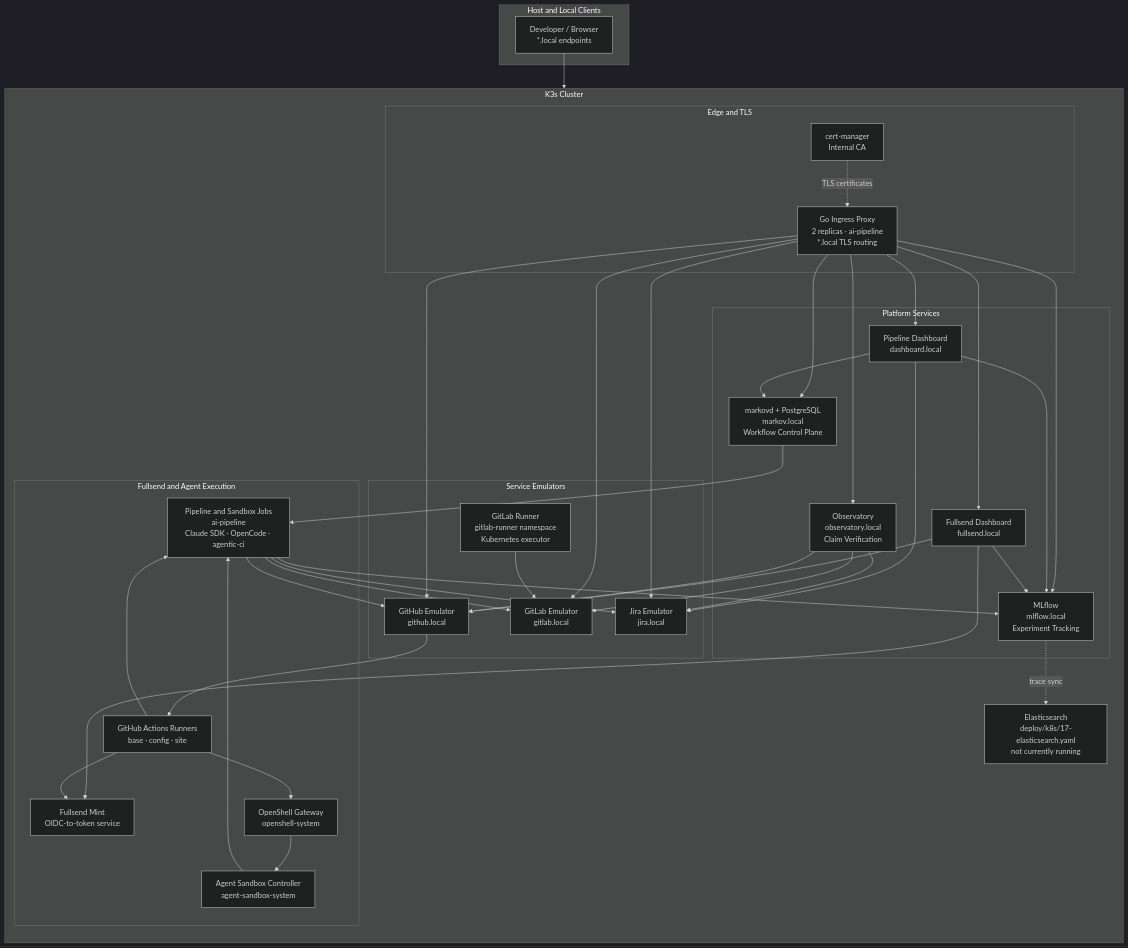
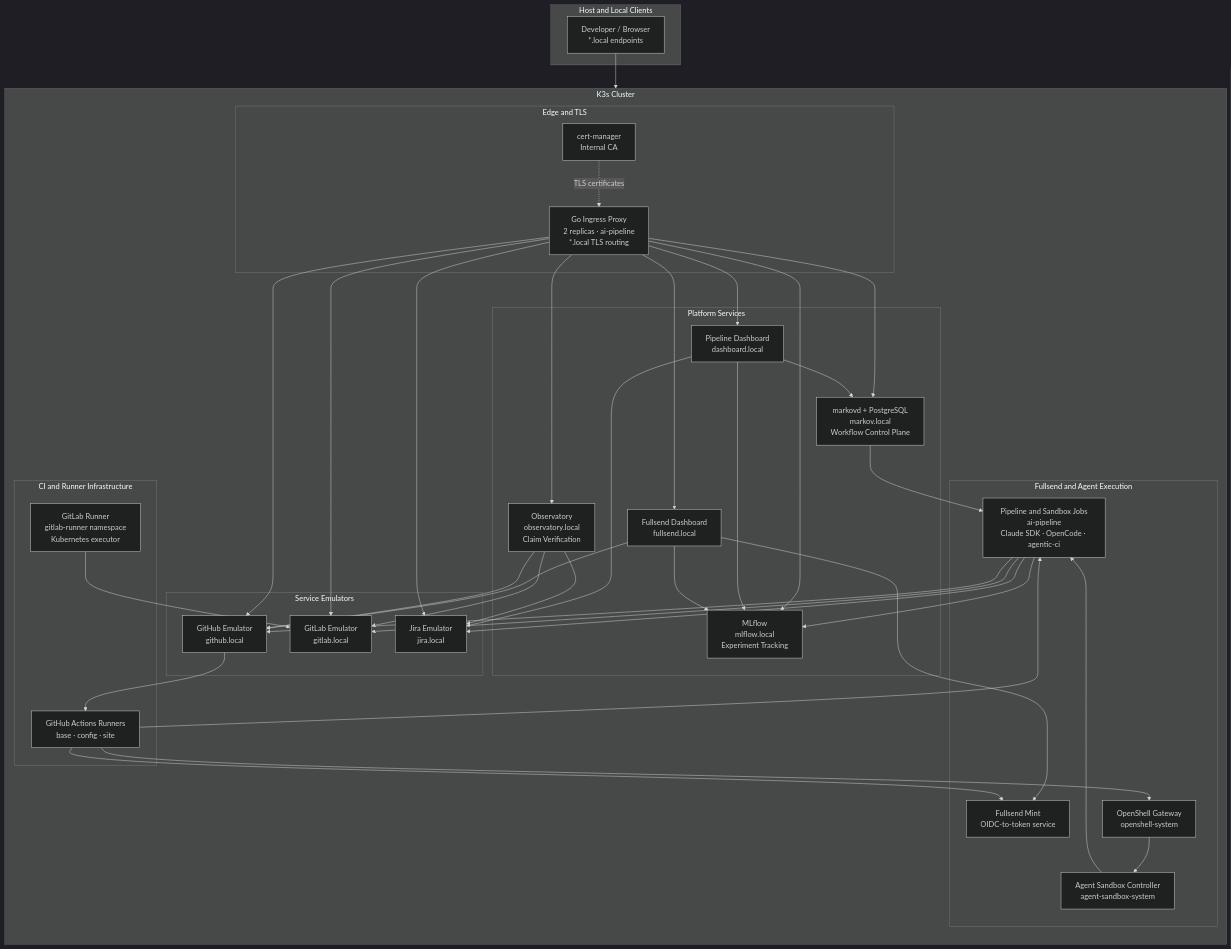
One commit to jctanner/breadboard changed the diagram in README.md. Above: the diagram before and after it, drawn with Mermaid (dark theme). The commit also changed 3 other files, not shown here.

````diff
--- a/README.md
+++ b/README.md
@@ -61,57 +61,58 @@
 ```mermaid
 graph TB
     subgraph host["Host and Local Clients"]
         clients["Developer / Browser<br/>*.local endpoints"]
     end
 
     subgraph k3s["K3s Cluster"]
         direction TB
 
         subgraph edge["Edge and TLS"]
             proxy["Go Ingress Proxy<br/>2 replicas · ai-pipeline<br/>*.local TLS routing"]
             certmgr["cert-manager<br/>Internal CA"]
         end
 
         subgraph core["Platform Services"]
             dashboard["Pipeline Dashboard<br/>dashboard.local"]
             fullsend_dashboard["Fullsend Dashboard<br/>fullsend.local"]
             markov["markovd + PostgreSQL<br/>markov.local<br/>Workflow Control Plane"]
             mlflow["MLflow<br/>mlflow.local<br/>Experiment Tracking"]
             observatory["Observatory<br/>observatory.local<br/>Claim Verification"]
         end
 
         subgraph emulators["Service Emulators"]
             github["GitHub Emulator<br/>github.local"]
             gitlab["GitLab Emulator<br/>gitlab.local"]
             jira["Jira Emulator<br/>jira.local"]
+        end
+
+        subgraph runners["CI and Runner Infrastructure"]
+            actions["GitHub Actions Runners<br/>base · config · site"]
             gitlab_runner["GitLab Runner<br/>gitlab-runner namespace<br/>Kubernetes executor"]
         end
 
         subgraph fullsend["Fullsend and Agent Execution"]
             mint["Fullsend Mint<br/>OIDC-to-token service"]
-            actions["GitHub Actions Runners<br/>base · config · site"]
             openshell["OpenShell Gateway<br/>openshell-system"]
             sandbox_controller["Agent Sandbox Controller<br/>agent-sandbox-system"]
             jobs["Pipeline and Sandbox Jobs<br/>ai-pipeline<br/>Claude SDK · OpenCode · agentic-ci"]
         end
 
-        es["Elasticsearch<br/>deploy/k8s/17-elasticsearch.yaml<br/>not currently running"]
     end
 
     clients --> proxy
     proxy --> dashboard & fullsend_dashboard & mlflow & markov & observatory
     proxy --> github & gitlab & jira
     dashboard --> jira & mlflow & markov
     fullsend_dashboard --> github & mint & mlflow
     markov --> jobs
     jobs --> jira & github & gitlab & mlflow
     github --> actions
     actions --> mint & openshell
     actions --> jobs
     openshell --> sandbox_controller
     sandbox_controller --> jobs
     gitlab_runner --> gitlab
-    mlflow -.->|trace sync| es
     observatory --> github & gitlab & jira
     certmgr -.->|TLS certificates| proxy
 ```
````
